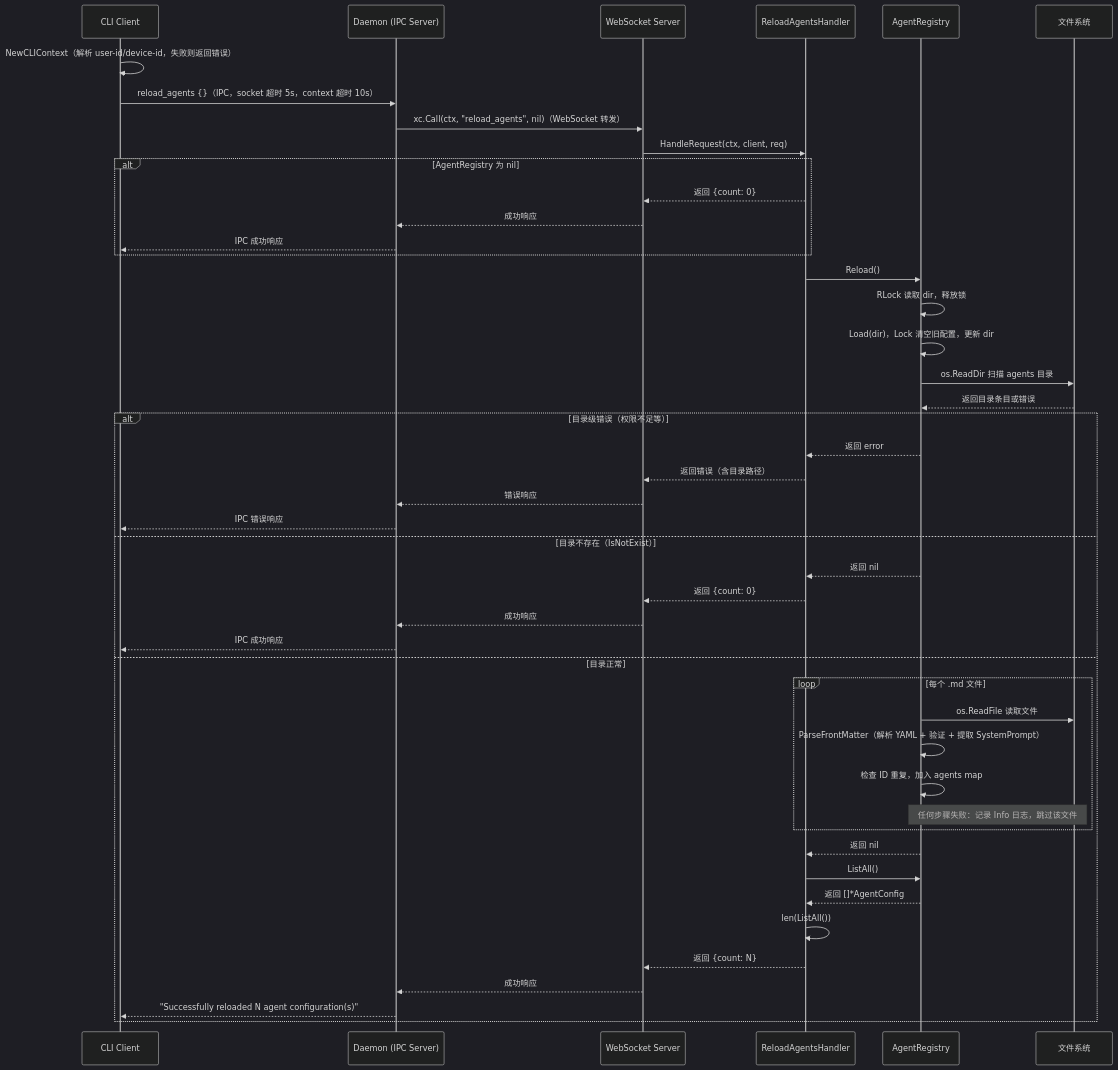
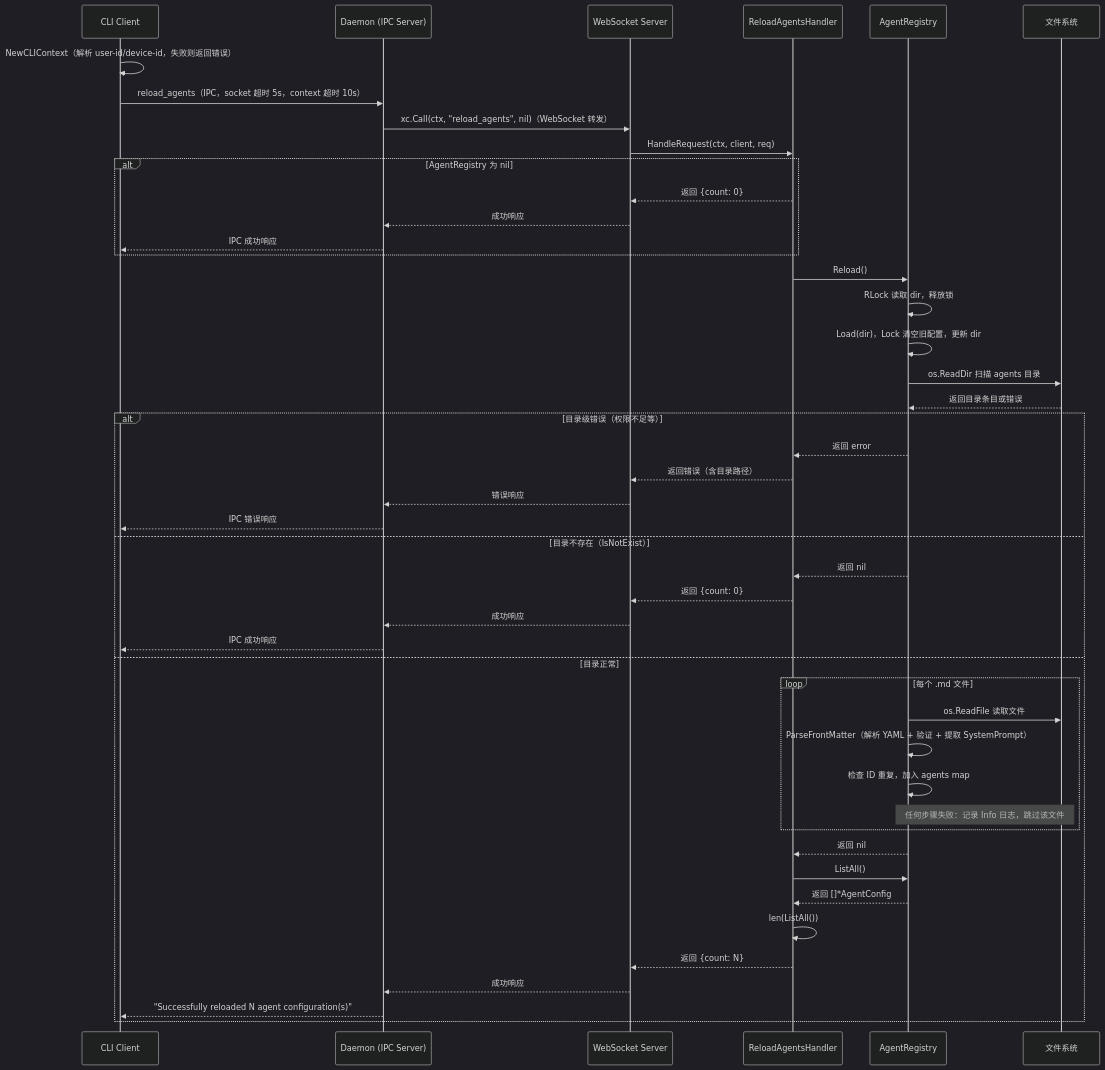
The first of 6 diagrams in wiki/flows/reload-agents.md (PineappleBond/xyncra-server), drawn with Mermaid (dark theme) before and after one commit.

Commit message:
docs(wiki): fix reload_agents call format in sequence diagram

````diff
--- a/wiki/flows/reload-agents.md
+++ b/wiki/flows/reload-agents.md
@@ -40,52 +40,52 @@
 ```mermaid
 sequenceDiagram
     participant C as CLI Client
     participant D as Daemon (IPC Server)
     participant WS as WebSocket Server
     participant H as ReloadAgentsHandler
     participant R as AgentRegistry
     participant FS as 文件系统
 
     C->>C: NewCLIContext（解析 user-id/device-id，失败则返回错误）
-    C->>D: reload_agents {}（IPC，socket 超时 5s，context 超时 10s）
+    C->>D: reload_agents（IPC，socket 超时 5s，context 超时 10s）
     D->>WS: xc.Call(ctx, "reload_agents", nil)（WebSocket 转发）
     WS->>H: HandleRequest(ctx, client, req)
 
     alt AgentRegistry 为 nil
         H-->>WS: 返回 {count: 0}
         WS-->>D: 成功响应
         D-->>C: IPC 成功响应
     end
 
     H->>R: Reload()
     R->>R: RLock 读取 dir，释放锁
     R->>R: Load(dir)，Lock 清空旧配置，更新 dir
     R->>FS: os.ReadDir 扫描 agents 目录
     FS-->>R: 返回目录条目或错误
 
     alt 目录级错误（权限不足等）
         R-->>H: 返回 error
         H-->>WS: 返回错误（含目录路径）
         WS-->>D: 错误响应
         D-->>C: IPC 错误响应
     else 目录不存在（IsNotExist）
         R-->>H: 返回 nil
         H-->>WS: 返回 {count: 0}
         WS-->>D: 成功响应
         D-->>C: IPC 成功响应
     else 目录正常
         loop 每个 .md 文件
             R->>FS: os.ReadFile 读取文件
             R->>R: ParseFrontMatter（解析 YAML + 验证 + 提取 SystemPrompt）
             R->>R: 检查 ID 重复，加入 agents map
             Note over R,FS: 任何步骤失败：记录 Info 日志，跳过该文件
         end
         R-->>H: 返回 nil
         H->>R: ListAll()
         R-->>H: 返回 []*AgentConfig
         H->>H: len(ListAll())
         H-->>WS: 返回 {count: N}
         WS-->>D: 成功响应
         D-->>C: "Successfully reloaded N agent configuration(s)"
     end
 ```
````
